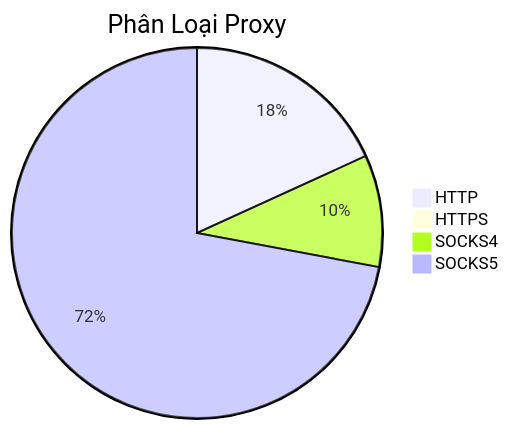
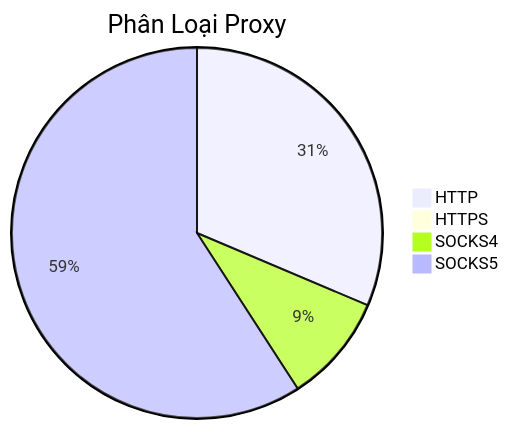
Before and after one commit to Ciara-12/PROXY-free: the diagram in README.md, drawn with Mermaid. The commit also changed other lines of this file and 3 other files, not shown here.

````diff
--- a/README.md
+++ b/README.md
@@ -26,7 +26,7 @@
 ```mermaid
 pie title Phân Loại Proxy
-    "HTTP" : 782
+    "HTTP" : 1330
     "HTTPS" : 0
-    "SOCKS4" : 420
-    "SOCKS5" : 3098
+    "SOCKS4" : 402
+    "SOCKS5" : 2507
 ```
````
